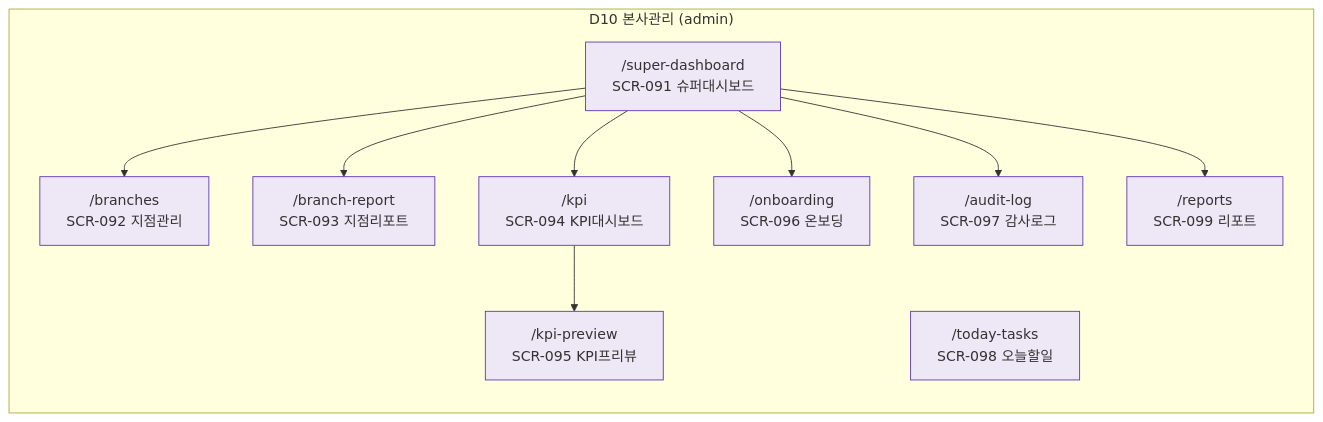
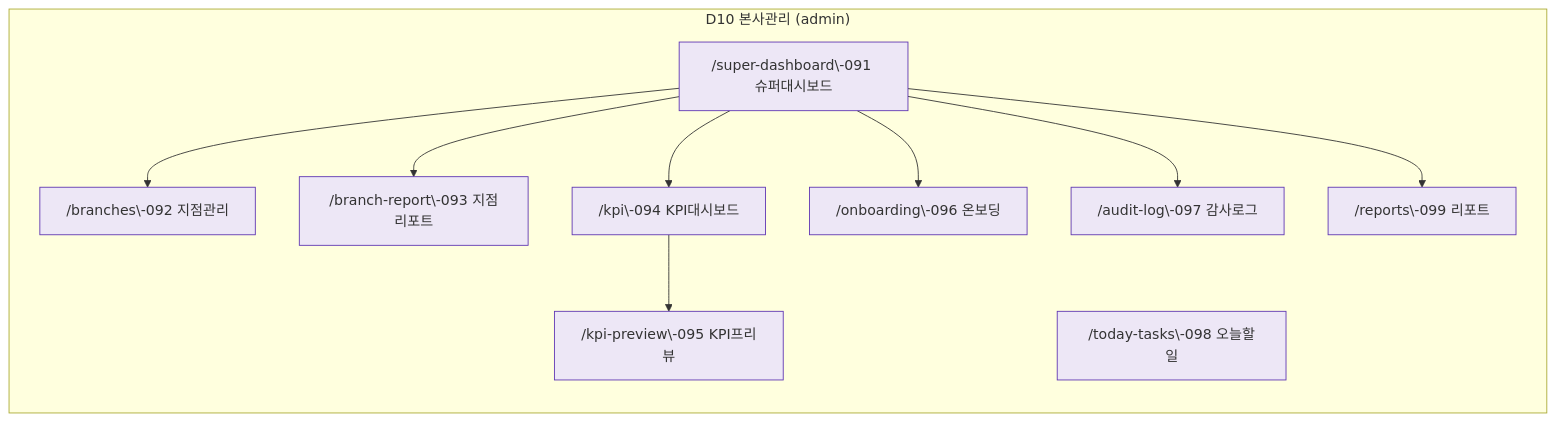
Before and after one commit to dev-spogym/admin-pando: the second of 11 diagrams in docs/다이어그램/00_사이트맵/N2_도메인별_사이트맵.md, drawn with Mermaid. The commit also changed other lines of this file and 1660 other files, not shown here.

First line of the commit message:
다이어그램: 기획자/클라이언트 납품본으로 정리

````diff
--- a/docs/다이어그램/00_사이트맵/N2_도메인별_사이트맵.md
+++ b/docs/다이어그램/00_사이트맵/N2_도메인별_사이트맵.md
@@ -35,25 +32,25 @@
 ```mermaid
 flowchart LR
     subgraph D10["D10 본사관리 (admin)"]
-        SCR091["/super-dashboard\nSCR-091 슈퍼대시보드"]
-        SCR092["/branches\nSCR-092 지점관리"]
-        SCR093["/branch-report\nSCR-093 지점리포트"]
-        SCR094["/kpi\nSCR-094 KPI대시보드"]
-        SCR095["/kpi-preview\nSCR-095 KPI프리뷰"]
-        SCR096["/onboarding\nSCR-096 온보딩"]
-        SCR097["/audit-log\nSCR-097 감사로그"]
-        SCR098["/today-tasks\nSCR-098 오늘할일"]
-        SCR099["/reports\nSCR-099 리포트"]
+        SCR091["/super-dashboard\-091 슈퍼대시보드"]
+        SCR092["/branches\-092 지점관리"]
+        SCR093["/branch-report\-093 지점리포트"]
+        SCR094["/kpi\-094 KPI대시보드"]
+        SCR095["/kpi-preview\-095 KPI프리뷰"]
+        SCR096["/onboarding\-096 온보딩"]
+        SCR097["/audit-log\-097 감사로그"]
+        SCR098["/today-tasks\-098 오늘할일"]
+        SCR099["/reports\-099 리포트"]
     end
 
     SCR091 --> SCR092
     SCR091 --> SCR093
     SCR091 --> SCR094
     SCR094 --> SCR095
     SCR091 --> SCR096
     SCR091 --> SCR097
     SCR091 --> SCR099
 
     classDef system fill:#EDE7F6,stroke:#5E35B2
     class SCR091,SCR092,SCR093,SCR094,SCR095,SCR096,SCR097,SCR098,SCR099 system
 ```
````
